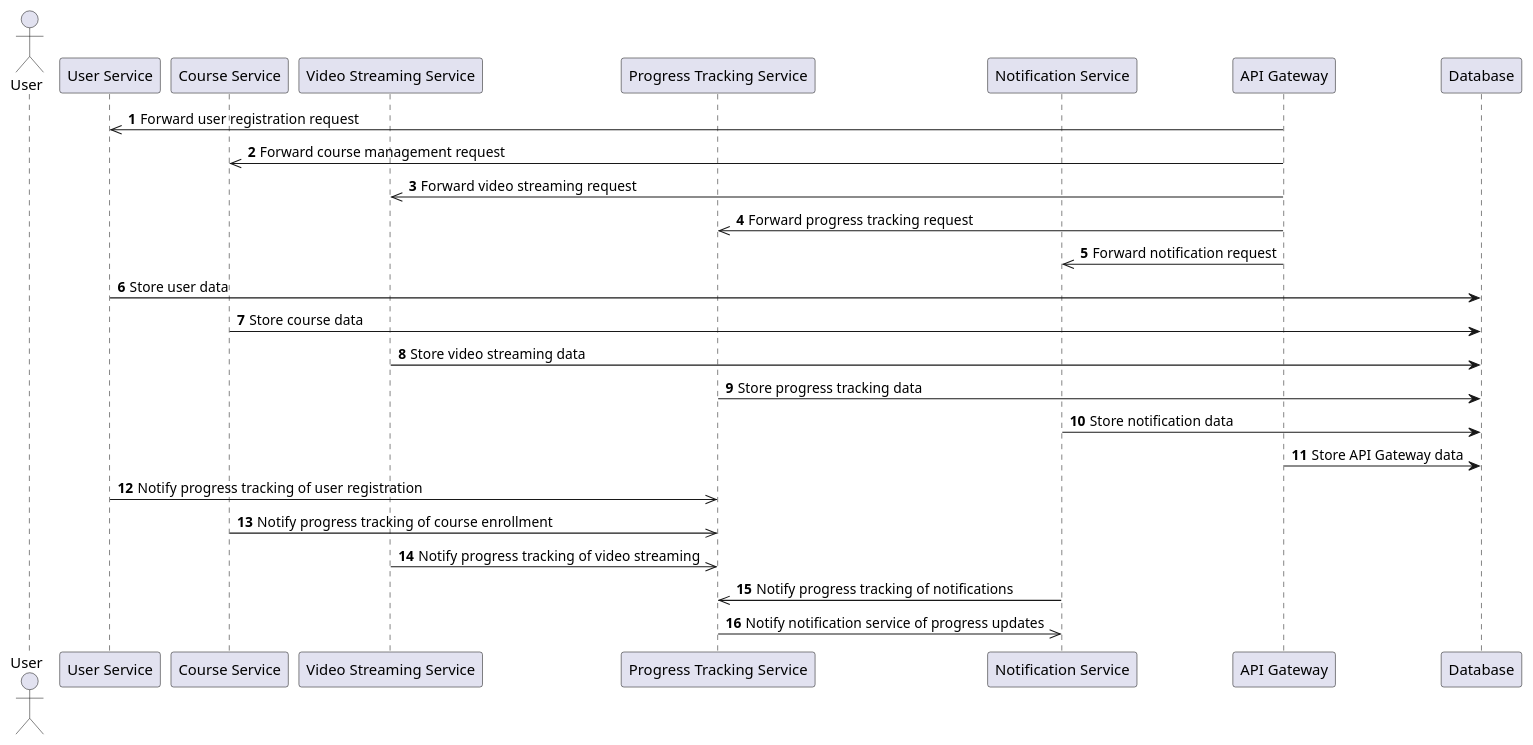
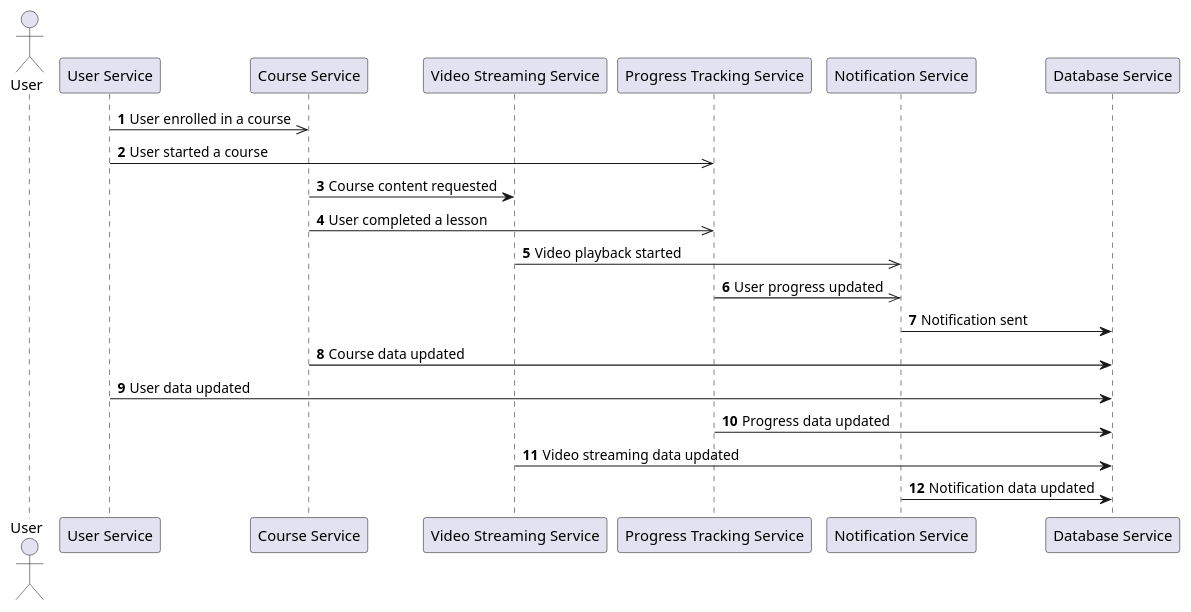
The diagram in output/process_view.puml (YoumnaHanyy/GPARCHIMIND), drawn with PlantUML before and after one commit. The commit also changed 16 other files, not shown here.

```diff
--- a/output/process_view.puml
+++ b/output/process_view.puml
@@ -1,27 +1,22 @@
 @startuml
 autonumber
 actor User
 participant "User Service" as UserService
 participant "Course Service" as CourseService
 participant "Video Streaming Service" as VideoStreamingService
 participant "Progress Tracking Service" as ProgressTrackingService
 participant "Notification Service" as NotificationService
-participant "API Gateway" as APIGateway
-participant "Database" as Database
-APIGateway ->> UserService : Forward user registration request
-APIGateway ->> CourseService : Forward course management request
-APIGateway ->> VideoStreamingService : Forward video streaming request
-APIGateway ->> ProgressTrackingService : Forward progress tracking request
-APIGateway ->> NotificationService : Forward notification request
-UserService -> Database : Store user data
-CourseService -> Database : Store course data
-VideoStreamingService -> Database : Store video streaming data
-ProgressTrackingService -> Database : Store progress tracking data
-NotificationService -> Database : Store notification data
-APIGateway -> Database : Store API Gateway data
-UserService ->> ProgressTrackingService : Notify progress tracking of user registration
-CourseService ->> ProgressTrackingService : Notify progress tracking of course enrollment
-VideoStreamingService ->> ProgressTrackingService : Notify progress tracking of video streaming
-NotificationService ->> ProgressTrackingService : Notify progress tracking of notifications
-ProgressTrackingService ->> NotificationService : Notify notification service of progress updates
+participant "Database Service" as DatabaseService
+UserService ->> CourseService : User enrolled in a course
+UserService ->> ProgressTrackingService : User started a course
+CourseService -> VideoStreamingService : Course content requested
+CourseService ->> ProgressTrackingService : User completed a lesson
+VideoStreamingService ->> NotificationService : Video playback started
+ProgressTrackingService ->> NotificationService : User progress updated
+NotificationService -> DatabaseService : Notification sent
+CourseService -> DatabaseService : Course data updated
+UserService -> DatabaseService : User data updated
+ProgressTrackingService -> DatabaseService : Progress data updated
+VideoStreamingService -> DatabaseService : Video streaming data updated
+NotificationService -> DatabaseService : Notification data updated
 @enduml
```
